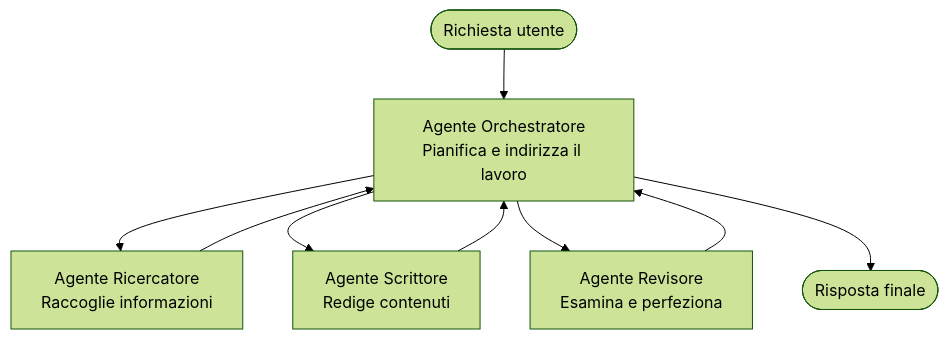
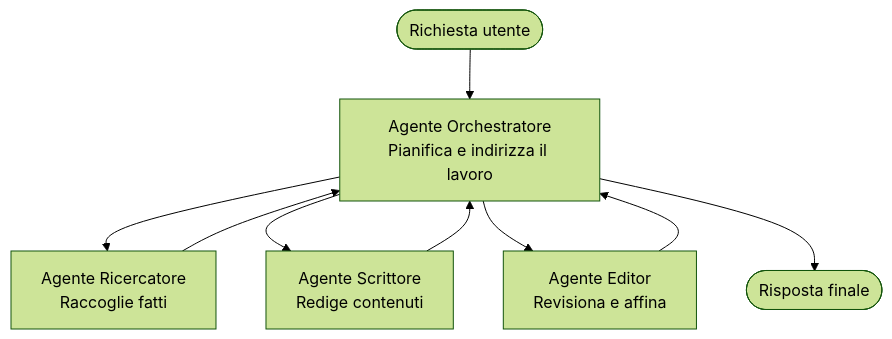
One commit to microsoft/AZD-for-beginners changed the diagram in translations/it/docs/chapter-05-multi-agent/multi-agent-basics.md. Above: the diagram before and after it, drawn with Mermaid (forest theme). The commit also changed other lines of this file and 61 other files, not shown here.

````diff
--- a/translations/it/docs/chapter-05-multi-agent/multi-agent-basics.md
+++ b/translations/it/docs/chapter-05-multi-agent/multi-agent-basics.md
@@ -43,11 +43,11 @@
 ```mermaid
 graph TD
     User([Richiesta utente]) --> Orchestrator[Agente Orchestratore<br/>Pianifica e indirizza il lavoro]
-    Orchestrator --> Researcher[Agente Ricercatore<br/>Raccoglie informazioni]
+    Orchestrator --> Researcher[Agente Ricercatore<br/>Raccoglie fatti]
     Orchestrator --> Writer[Agente Scrittore<br/>Redige contenuti]
-    Orchestrator --> Editor[Agente Revisore<br/>Esamina e perfeziona]
+    Orchestrator --> Editor[Agente Editor<br/>Revisiona e affina]
     Researcher --> Orchestrator
     Writer --> Orchestrator
     Editor --> Orchestrator
     Orchestrator --> Result([Risposta finale])
 ```
````
